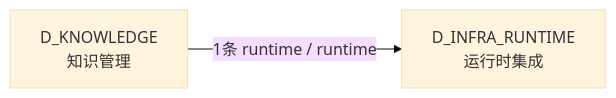
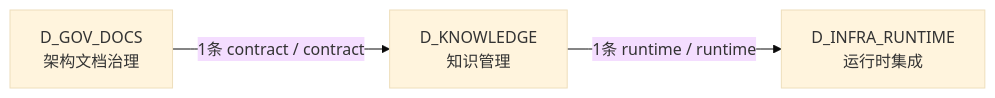
The fourth of 4 diagrams in docs/02_enterprise_architecture/02_domain_architecture_docs/48_d_knowledge.md (xuanFelixVan/ZephyrAlpha), drawn with Mermaid (base theme) before and after one commit. The commit also changed other lines of this file and 102 other files, not shown here.

````diff
--- a/docs/02_enterprise_architecture/02_domain_architecture_docs/48_d_knowledge.md
+++ b/docs/02_enterprise_architecture/02_domain_architecture_docs/48_d_knowledge.md
@@ -148,6 +154,8 @@
 ```mermaid
 graph LR
     D_KNOWLEDGE["D_KNOWLEDGE<br/>知识管理"]
     D_INFRA_RUNTIME["D_INFRA_RUNTIME<br/>运行时集成"]
+    D_GOV_DOCS["D_GOV_DOCS<br/>架构文档治理"]
     D_KNOWLEDGE -->|1条 runtime / runtime| D_INFRA_RUNTIME
+    D_GOV_DOCS -->|1条 contract / contract| D_KNOWLEDGE
 ```
````
